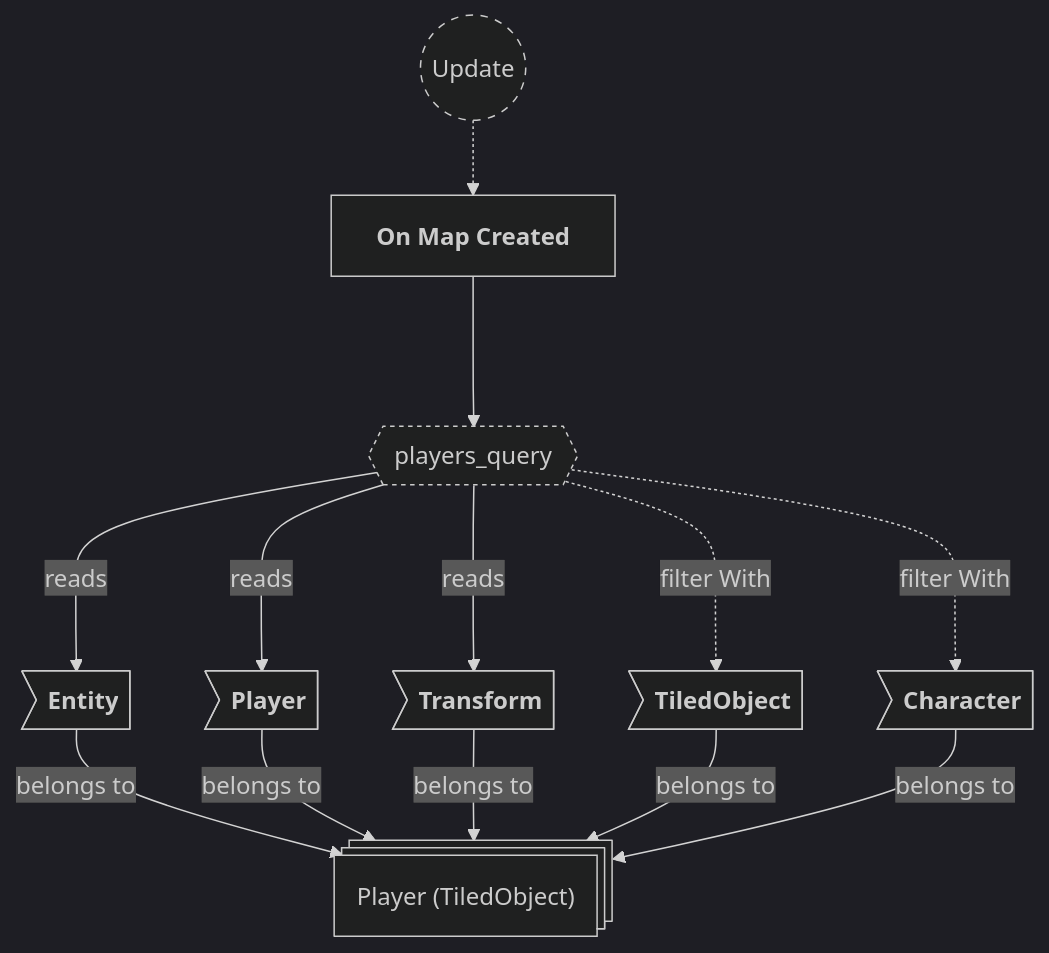
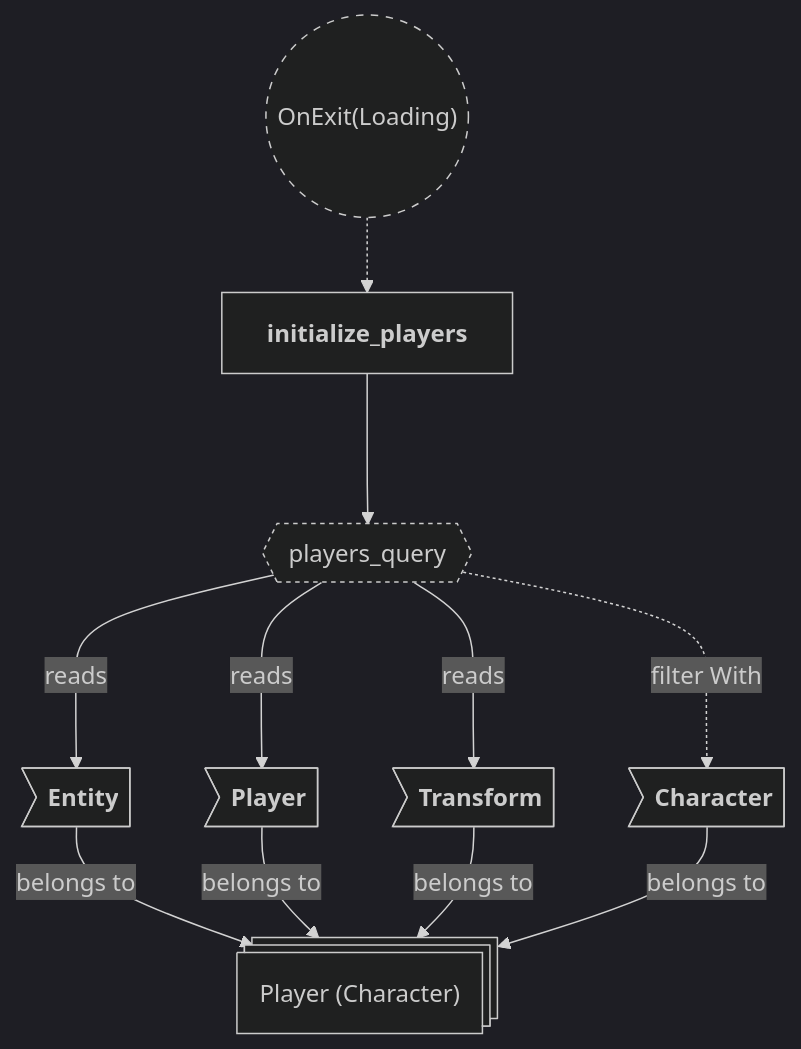
One commit to neurosoup/tyled changed the fourth of 10 diagrams in backlog/docs/doc-3 - 001-Maps-plugin.md. Above: the diagram before and after it, drawn with Mermaid. The commit also changed other lines of this file and 9 other files, not shown here.

````diff
--- a/backlog/docs/doc-3 - 001-Maps-plugin.md
+++ b/backlog/docs/doc-3 - 001-Maps-plugin.md
@@ -213,32 +182,30 @@
 ```mermaid
 ---
 config:
   theme: dark
 ---
 
 flowchart TD
 classDef system-group stroke-dasharray: 5 5
 classDef query stroke-dasharray: 3 3
 
-update(("`Update`")):::system-group
-on_map_created["`**On Map Created**`"]
+on_exit_loading(("`OnExit(Loading)`")):::system-group
+initialize_players["`**initialize_players**`"]
 
-update -.-> on_map_created
+on_exit_loading -.-> initialize_players
 
 players_query{{"`players_query`"}}:::query
-on_map_created ---> players_query
+initialize_players ---> players_query
 
-player_entity@{ shape: st-rect, label: "Player (TiledObject)" }
+player_entity@{ shape: st-rect, label: "Player (Character)" }
 
 pe_entity>"`**Entity**`"] --> |belongs to| player_entity
 pe_player>"`**Player**`"] --> |belongs to| player_entity
 pe_transform>"`**Transform**`"] --> |belongs to| player_entity
-pe_tiled_object>"`**TiledObject**`"] --> |belongs to| player_entity
 pe_character>"`**Character**`"] --> |belongs to| player_entity
 
 players_query ---> |reads| pe_entity
 players_query ---> |reads| pe_player
 players_query ---> |reads| pe_transform
-players_query -..-> |filter With| pe_tiled_object
 players_query -..-> |filter With| pe_character
 ```
````
